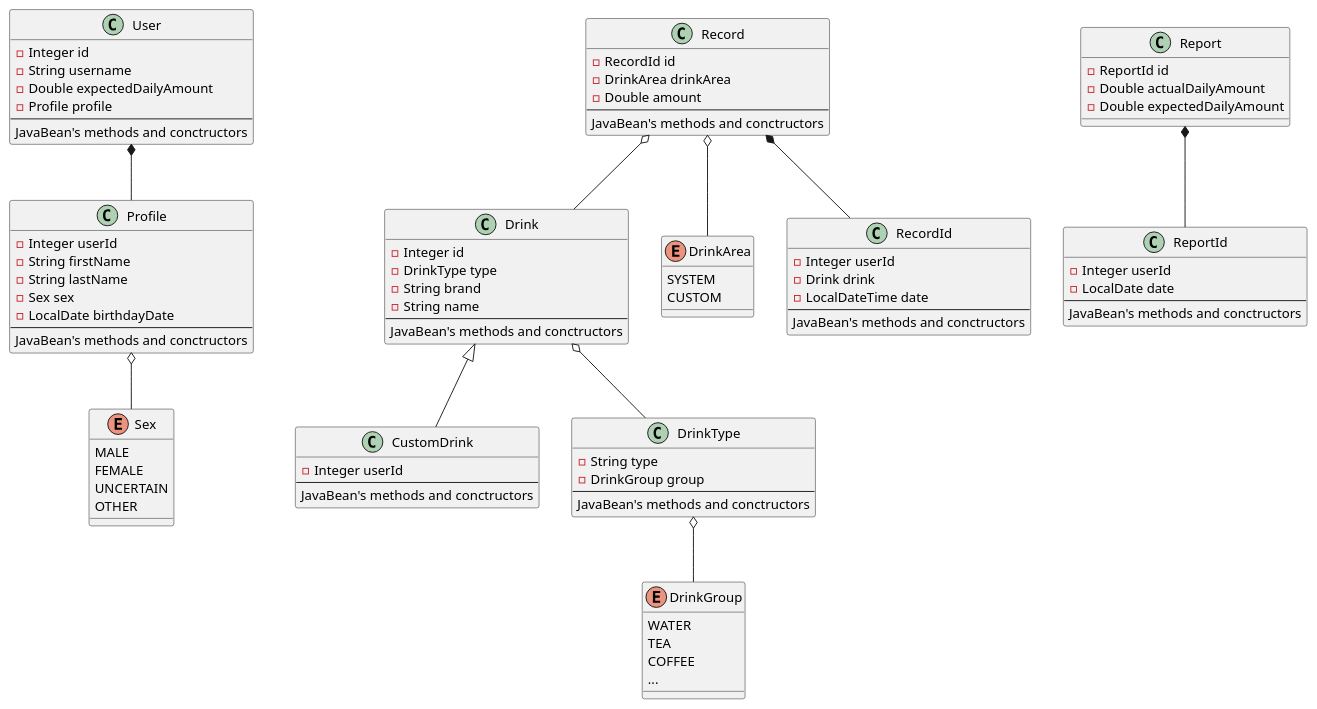
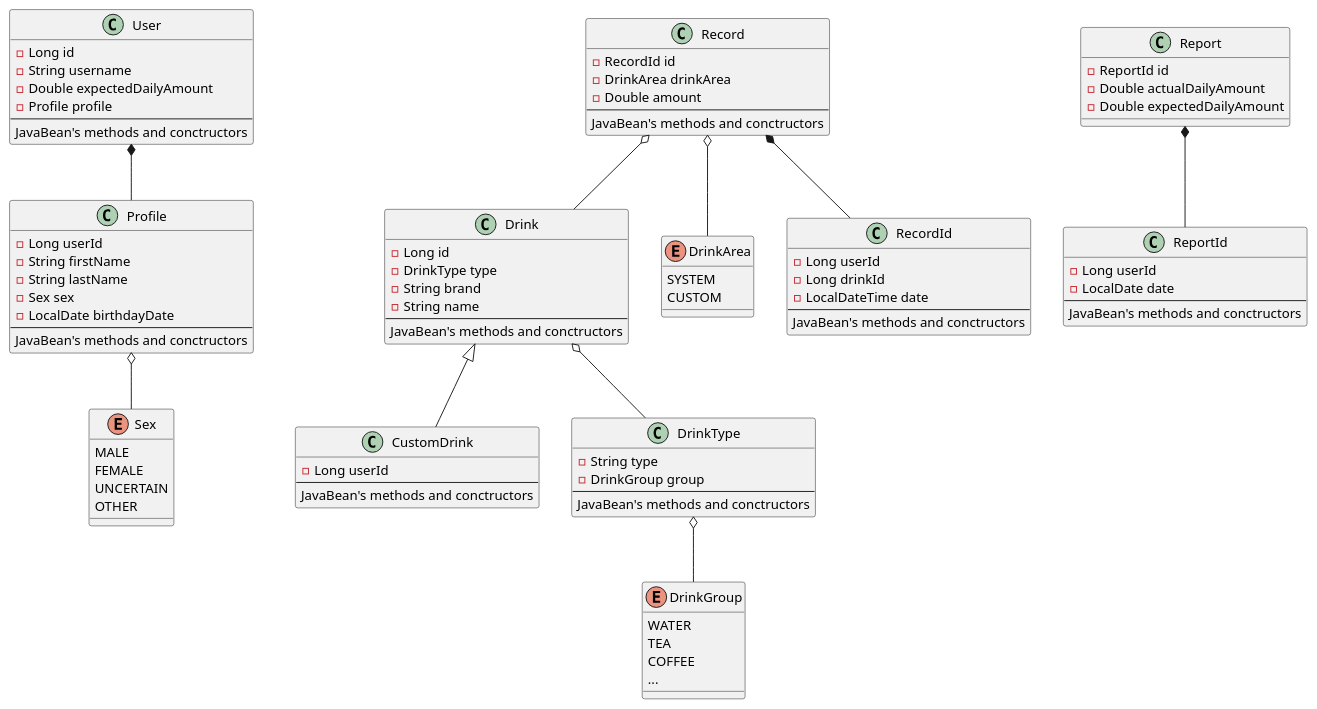
The diagram in schemas/uml/class/core_models.puml (laurenci/hydrotrack), drawn with PlantUML before and after one commit.

Commit message:
fixed "Core Models" class diagram

```diff
--- a/schemas/uml/class/core_models.puml
+++ b/schemas/uml/class/core_models.puml
@@ -1,104 +1,104 @@
 @startuml
 class User {
-    - Integer id
+    - Long id
     - String username
     - Double expectedDailyAmount
     - Profile profile
     --
     JavaBean's methods and conctructors
 }
 
 class Profile {
-    - Integer userId
+    - Long userId
     - String firstName
     - String lastName
     - Sex sex
     - LocalDate birthdayDate
     --
     JavaBean's methods and conctructors
 }
 
 enum Sex {
     MALE
     FEMALE
     UNCERTAIN
     OTHER
 }
 
 User *-- Profile
 Profile o-- Sex 
 
 class Drink {
-    - Integer id
+    - Long id
     - DrinkType type
     - String brand
     - String name
     --
     JavaBean's methods and conctructors
 }
 
 class CustomDrink {
-    - Integer userId
+    - Long userId
     --
     JavaBean's methods and conctructors
 }
 
 class DrinkType {
     - String type
     - DrinkGroup group
     --
     JavaBean's methods and conctructors
 }
 
 enum DrinkGroup {
     WATER
     TEA
     COFFEE
     ...
 }
 
 Drink <|-- CustomDrink
 Drink o-- DrinkType
 DrinkType o-- DrinkGroup
 
 class Record {
     - RecordId id
     - DrinkArea drinkArea
     - Double amount
     --
     JavaBean's methods and conctructors
 }
 
 enum DrinkArea {
     SYSTEM
     CUSTOM
 }
 
 Record o-- DrinkArea
 
 class RecordId {
-    - Integer userId
-    - Drink drink
+    - Long userId
+    - Long drinkId
     - LocalDateTime date
     --
     JavaBean's methods and conctructors
 }
 
 Record *-- RecordId
 Record o-- Drink
 
 class Report {
     - ReportId id
     - Double actualDailyAmount
     - Double expectedDailyAmount
 }
 
 class ReportId {
-    - Integer userId
+    - Long userId
     - LocalDate date
     --
     JavaBean's methods and conctructors
 }
 
 Report *-- ReportId
 @enduml
```
